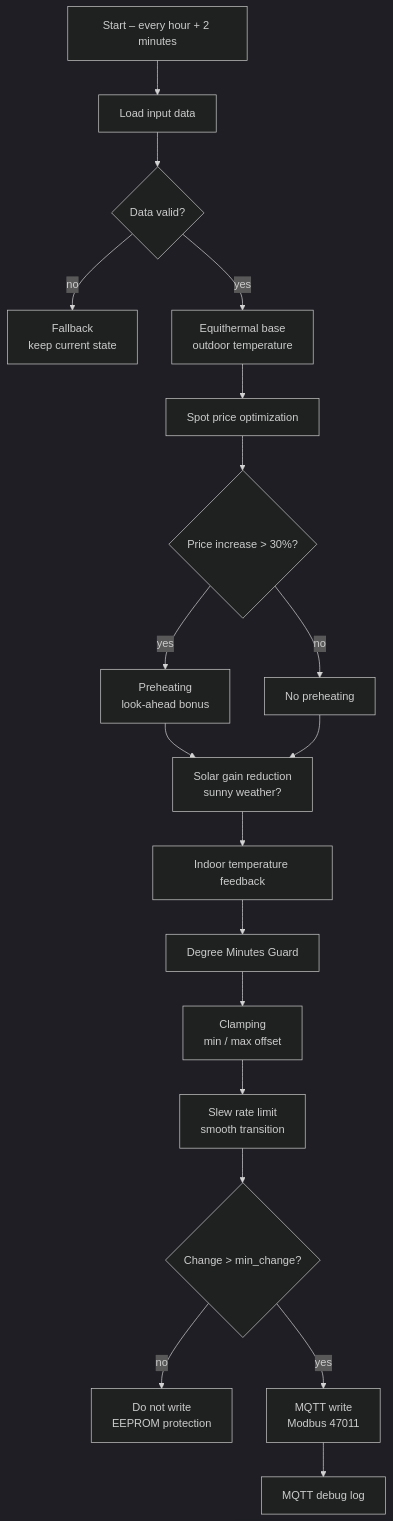
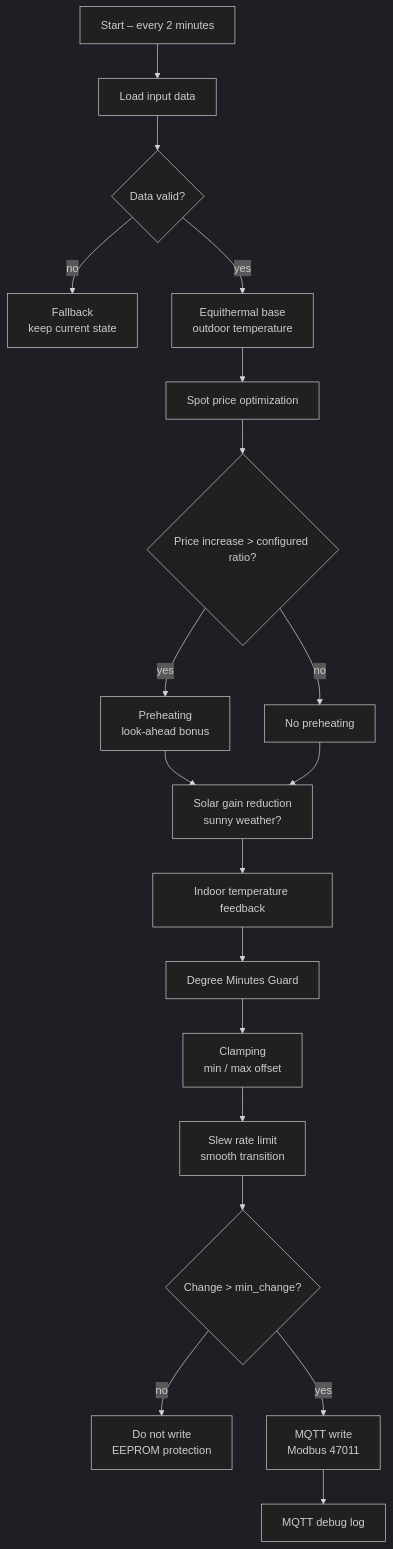
One commit to Samot89/Smart-NIBE-Control-a-Home-Assistant-MQTT changed the diagram in README_EN.md. Above: the diagram before and after it, drawn with Mermaid (dark theme). The commit also changed other lines of this file and 1 other file, not shown here.

````diff
--- a/README_EN.md
+++ b/README_EN.md
@@ -202,26 +203,26 @@
 ```mermaid
 flowchart TD
-    A[Start – every hour + 2 minutes] --> B[Load input data]
+    A[Start – every 2 minutes] --> B[Load input data]
     B --> C{Data valid?}
     C -- no --> Z[Fallback<br/>keep current state]
     C -- yes --> D[Equithermal base<br/>outdoor temperature]
 
     D --> E[Spot price optimization]
-    E --> F{Price increase > 30%?}
+    E --> F{Price increase > configured ratio?}
     F -- yes --> G[Preheating<br/>look-ahead bonus]
     F -- no --> H[No preheating]
 
     G --> I
     H --> I
 
     I[Solar gain reduction<br/>sunny weather?] --> J[Indoor temperature feedback]
     J --> K[Degree Minutes Guard]
     K --> L[Clamping<br/>min / max offset]
     L --> M[Slew rate limit<br/>smooth transition]
 
     M --> N{Change > min_change?}
     N -- no --> O[Do not write<br/>EEPROM protection]
     N -- yes --> P[MQTT write<br/>Modbus 47011]
 
     P --> Q[MQTT debug log]
 ```
````
